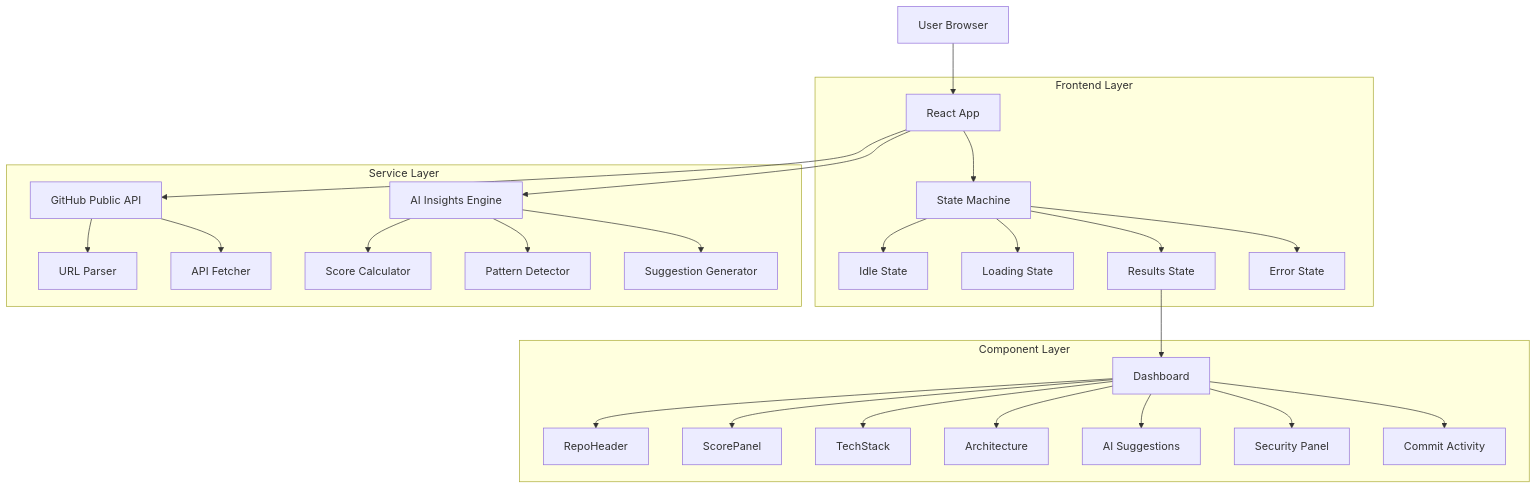
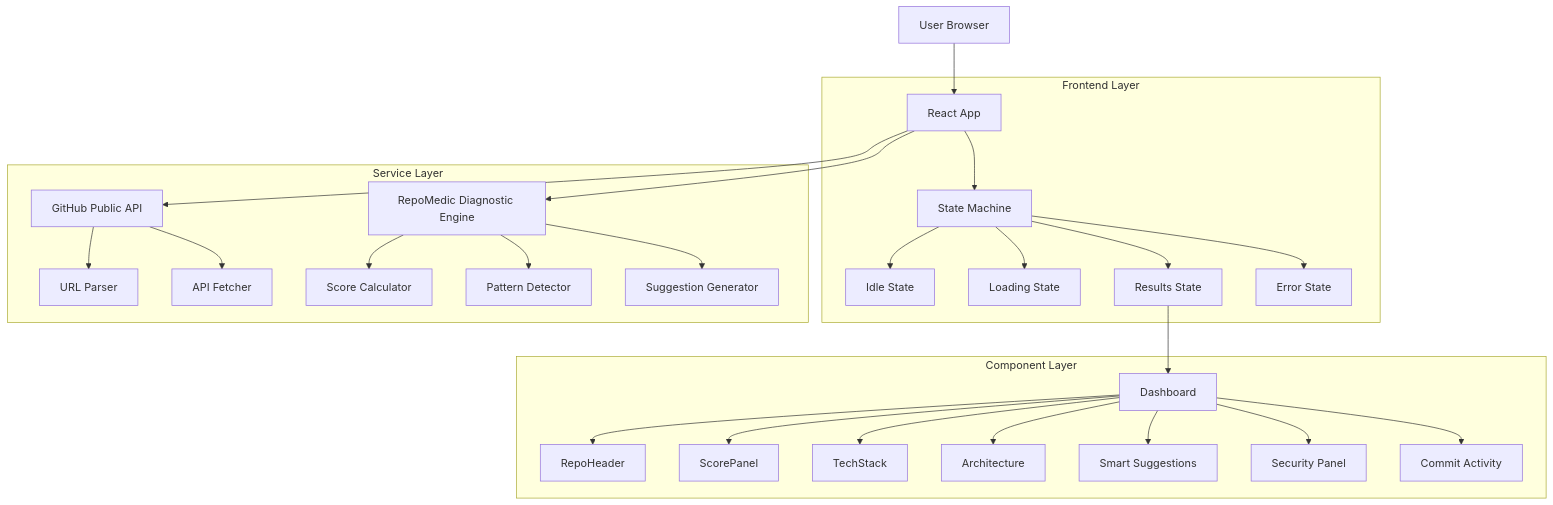
The first of 3 diagrams in ARCHITECTURE.md (26Naitik/repomedic), drawn with Mermaid before and after one commit. The commit also changed other lines of this file and 13 other files, not shown here.

````diff
--- a/ARCHITECTURE.md
+++ b/ARCHITECTURE.md
@@ -18,33 +18,33 @@
 ```mermaid
 graph TB
     User[User Browser] --> App[React App]
     App --> GitHub[GitHub Public API]
-    App --> Analysis[AI Insights Engine]
+    App --> Analysis[RepoMedic Diagnostic Engine]
     
     subgraph "Frontend Layer"
         App --> Router[State Machine]
         Router --> Idle[Idle State]
         Router --> Loading[Loading State]
         Router --> Results[Results State]
         Router --> Error[Error State]
     end
     
     subgraph "Service Layer"
         GitHub --> Parser[URL Parser]
         GitHub --> Fetcher[API Fetcher]
         Analysis --> Scorer[Score Calculator]
         Analysis --> Detector[Pattern Detector]
         Analysis --> Generator[Suggestion Generator]
     end
     
     subgraph "Component Layer"
         Results --> Dashboard
         Dashboard --> Header[RepoHeader]
         Dashboard --> Scores[ScorePanel]
         Dashboard --> Tech[TechStack]
         Dashboard --> Arch[Architecture]
-        Dashboard --> Suggestions[AI Suggestions]
+        Dashboard --> Suggestions[Smart Suggestions]
         Dashboard --> Security[Security Panel]
         Dashboard --> Commits[Commit Activity]
     end
 ```
````
